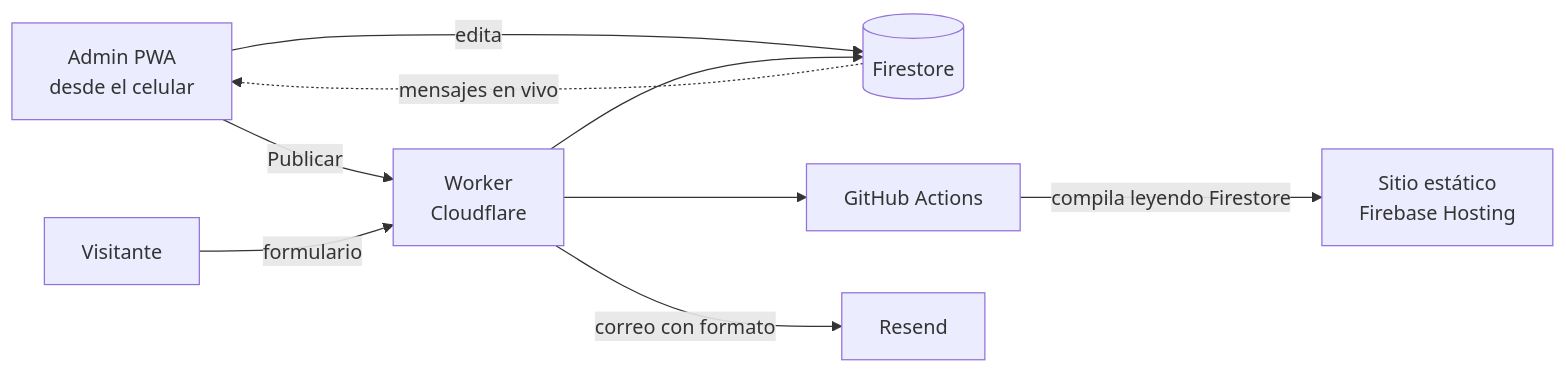
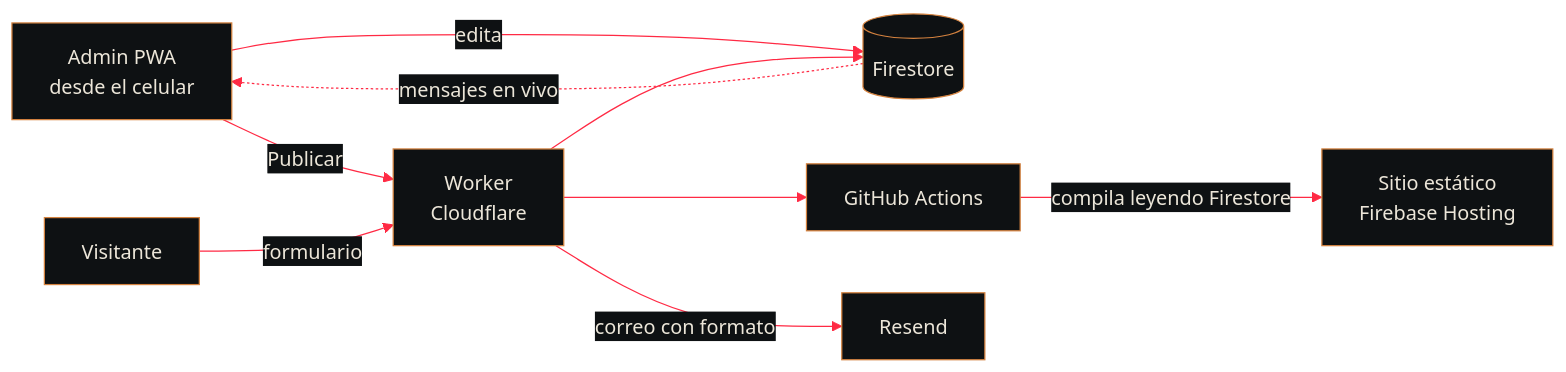
The diagram in README.md (dom-tyler/Portafolio-Dev), drawn with Mermaid before and after one commit. The commit also changed other lines of this file and 2 other files, not shown here.

Commit message:
docs: README con banner, pipeline en SVG, tarjetas de proyectos y stack con badges

````diff
--- a/README.md
+++ b/README.md
@@ -65,11 +141,12 @@
 ```mermaid
+%%{init: {'theme':'base','themeVariables':{'primaryColor':'#0E1113','primaryTextColor':'#ECE6D9','primaryBorderColor':'#D4823F','lineColor':'#FF2A44','secondaryColor':'#0E1113','tertiaryColor':'#0E1113','fontFamily':'ui-monospace, monospace'}}}%%
 flowchart LR
-  A[Admin PWA<br/>desde el celular] -- edita --> F[(Firestore)]
-  A -- Publicar --> W[Worker<br/>Cloudflare]
-  W --> G[GitHub Actions]
-  G -- compila leyendo Firestore --> H[Sitio estático<br/>Firebase Hosting]
-  V[Visitante] -- formulario --> W
+  A["Admin PWA<br/>desde el celular"] -- edita --> F[("Firestore")]
+  A -- Publicar --> W["Worker<br/>Cloudflare"]
+  W --> G["GitHub Actions"]
+  G -- compila leyendo Firestore --> H["Sitio estático<br/>Firebase Hosting"]
+  V["Visitante"] -- formulario --> W
   W --> F
-  W -- correo con formato --> R[Resend]
+  W -- correo con formato --> R["Resend"]
   F -. mensajes en vivo .-> A
 ```
````
